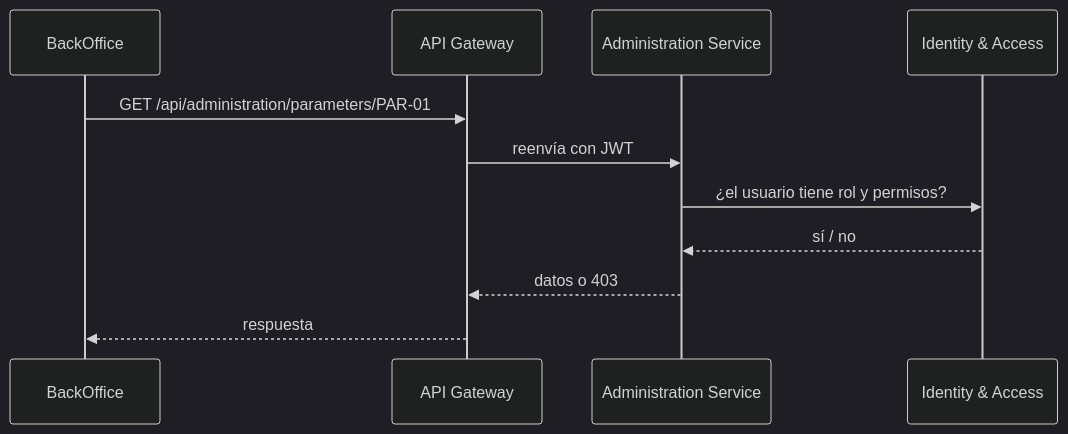
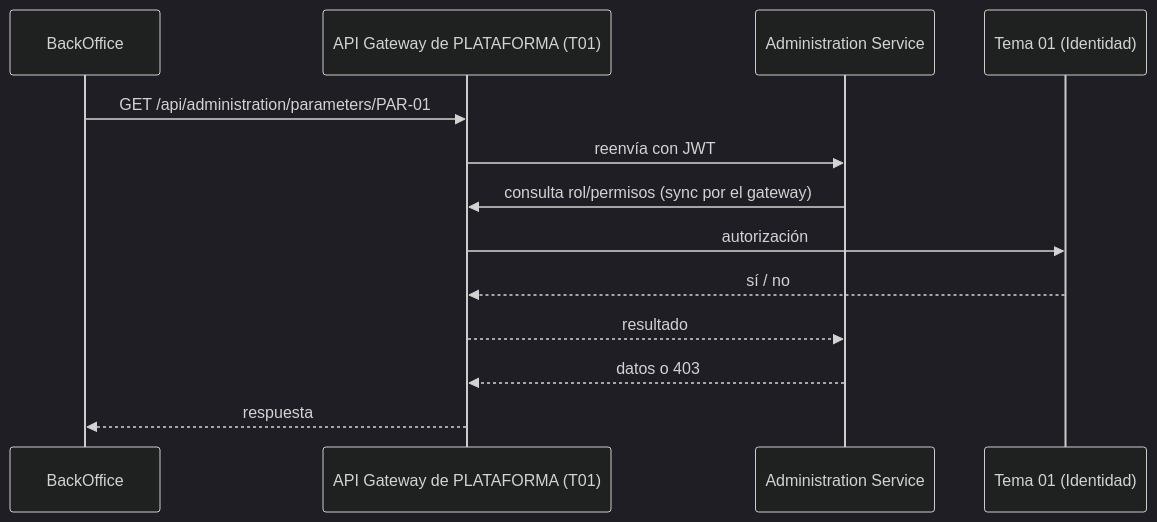
The second of 6 diagrams in docs/backend/arquitectura/comunicacion.md (2W2-114324-Carballo-Juarez-Mateo/backoffice-docs), drawn with Mermaid (dark theme) before and after one commit. The commit also changed other lines of this file and 11 other files, not shown here.

Commit message:
docs: alinear a Tema 12 Backoffice (doc oficial) — 2 servicios propietarios (Administration, Reporting) + consumo T01/T02 y lecturas; sync por gateway; PAR-01..24; auditoría/retención → T01

````diff
--- a/docs/backend/arquitectura/comunicacion.md
+++ b/docs/backend/arquitectura/comunicacion.md
@@ -31,14 +31,16 @@
 ```mermaid
 sequenceDiagram
     participant B as BackOffice
-    participant GW as API Gateway
+    participant GW as API Gateway de PLATAFORMA (T01)
     participant AD as Administration Service
-    participant ID as Identity & Access
+    participant T01 as Tema 01 (Identidad)
 
     B->>GW: GET /api/administration/parameters/PAR-01
     GW->>AD: reenvía con JWT
-    AD->>ID: ¿el usuario tiene rol y permisos?
-    ID-->>AD: sí / no
+    AD->>GW: consulta rol/permisos (sync por el gateway)
+    GW->>T01: autorización
+    T01-->>GW: sí / no
+    GW-->>AD: resultado
     AD-->>GW: datos o 403
     GW-->>B: respuesta
 ```
````
